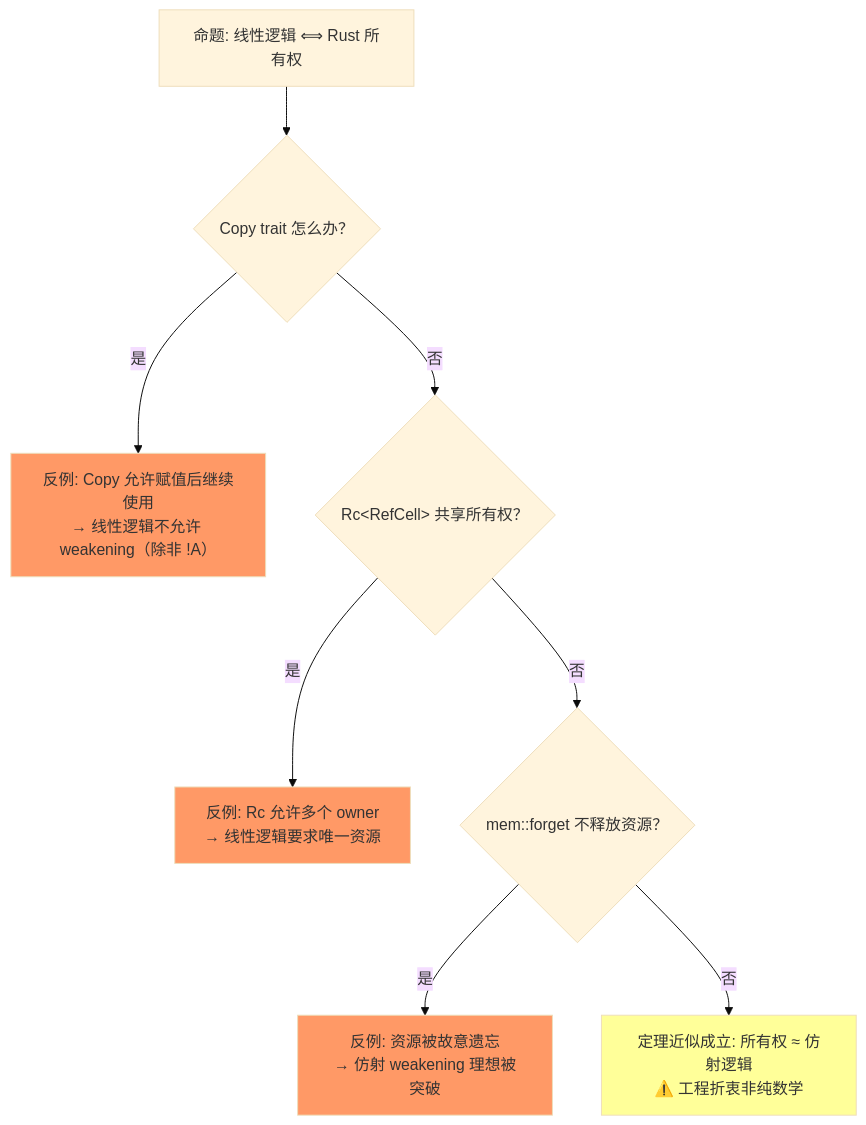
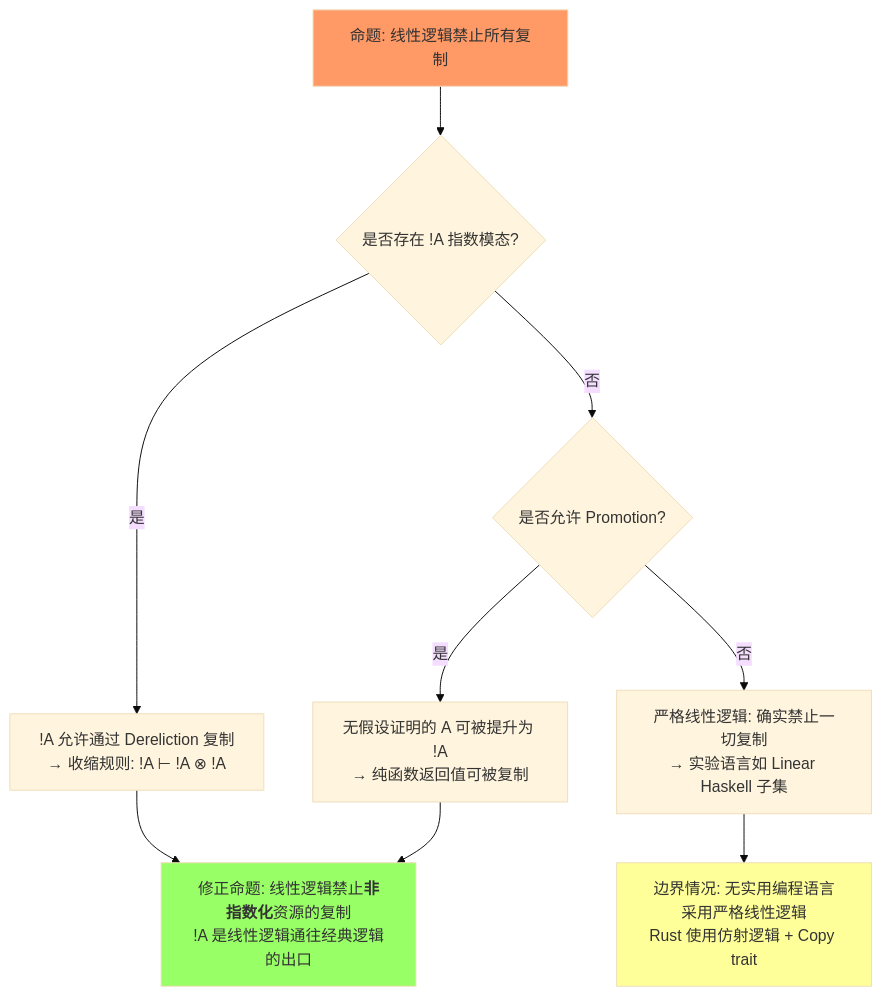
Before and after one commit to martin-ly/rust-lang: the second of 4 diagrams in concept/04_formal/01_linear_logic.md, drawn with Mermaid (base theme). The commit also changed other lines of this file and 20 other files, not shown here.

````diff
--- a/concept/04_formal/01_linear_logic.md
+++ b/concept/04_formal/01_linear_logic.md
@@ -231,15 +178,15 @@
 ```mermaid
 graph TD
-    P["命题: 线性逻辑 ⟺ Rust 所有权"] --> Q1{"Copy trait 怎么办？"}
-    Q1 -->|是| F1["反例: Copy 允许赋值后继续使用<br/>→ 线性逻辑不允许 weakening（除非 !A）"]
-    Q1 -->|否| Q2{"Rc&lt;RefCell&gt; 共享所有权？"}
-    Q2 -->|是| F2["反例: Rc 允许多个 owner<br/>→ 线性逻辑要求唯一资源"]
-    Q2 -->|否| Q3{"mem::forget 不释放资源？"}
-    Q3 -->|是| F3["反例: 资源被故意遗忘<br/>→ 仿射 weakening 理想被突破"]
-    Q3 -->|否| T["定理近似成立: 所有权 ≈ 仿射逻辑<br/>⚠️ 工程折衷非纯数学"]
+    P1["命题: 线性逻辑禁止所有复制"] --> Q1{"是否存在 !A 指数模态?"}
+    Q1 -->|是| R1["!A 允许通过 Dereliction 复制<br/>→ 收缩规则: !A ⊢ !A ⊗ !A"]
+    Q1 -->|否| Q2{"是否允许 Promotion?"}
+    Q2 -->|是| R2["无假设证明的 A 可被提升为 !A<br/>→ 纯函数返回值可被复制"]
+    Q2 -->|否| R3["严格线性逻辑: 确实禁止一切复制<br/>→ 实验语言如 Linear Haskell 子集"]
+    R1 --> C1["修正命题: 线性逻辑禁止<b>非指数化</b>资源的复制<br/>!A 是线性逻辑通往经典逻辑的出口"]
+    R2 --> C1
+    R3 --> C2["边界情况: 无实用编程语言采用严格线性逻辑<br/>Rust 使用仿射逻辑 + Copy trait"]
 
-    style F1 fill:#f96
-    style F2 fill:#f96
-    style F3 fill:#f96
-    style T fill:#ff9
+    style P1 fill:#f96
+    style C1 fill:#9f6
+    style C2 fill:#ff9
 ```
````
